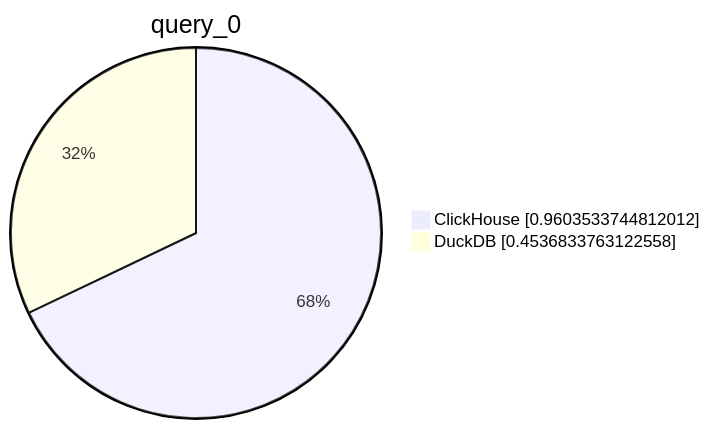
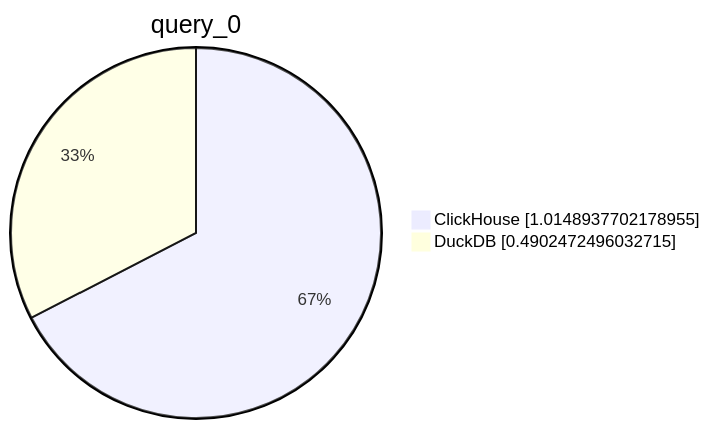
Before and after one commit to Altinity/clickhouse-regression: the first of 10 diagrams in parquet/performance/performance_reports/results.md, drawn with Mermaid. The commit also changed other lines of this file and 2 other files, not shown here.

````diff
--- a/parquet/performance/performance_reports/results.md
+++ b/parquet/performance/performance_reports/results.md
@@ -4,6 +4,6 @@
 ```mermaid
      pie showData
          title query_0
-         "ClickHouse" : 0.9603533744812012
-         "DuckDB" : 0.4536833763122558
+         "ClickHouse" : 1.0148937702178955
+         "DuckDB" : 0.4902472496032715
 ```
````
